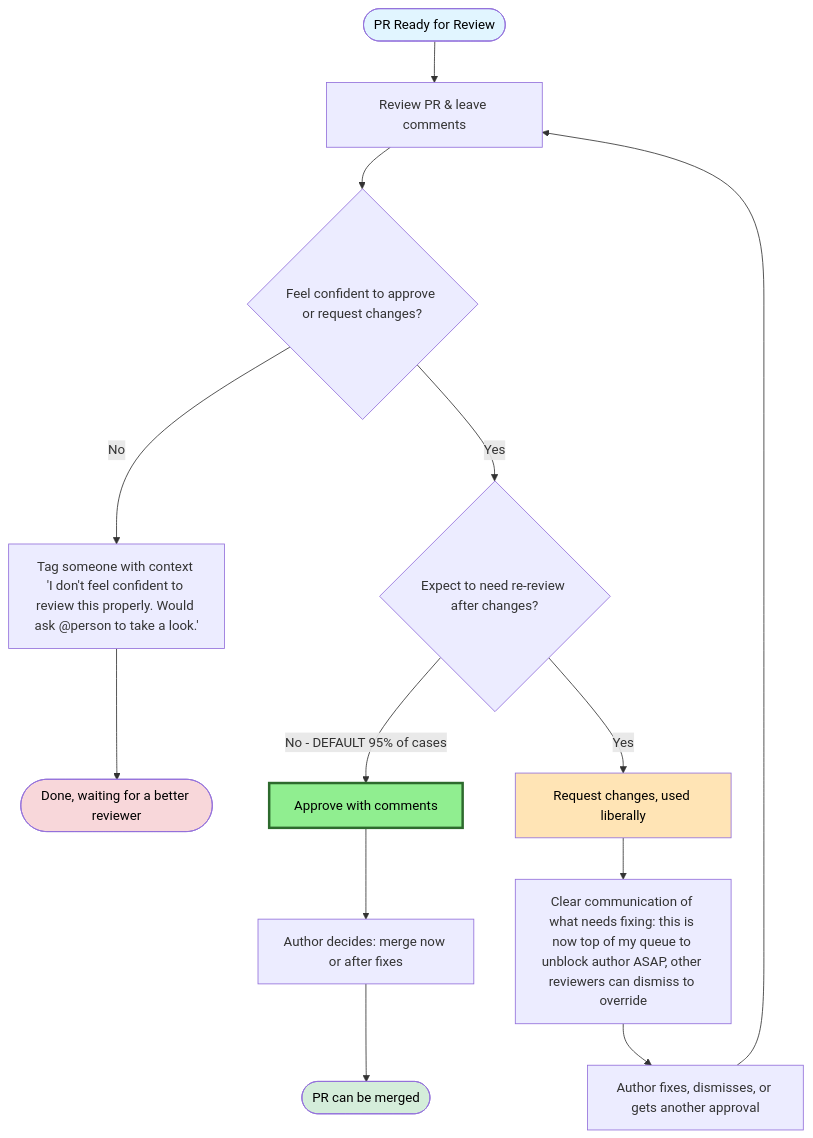
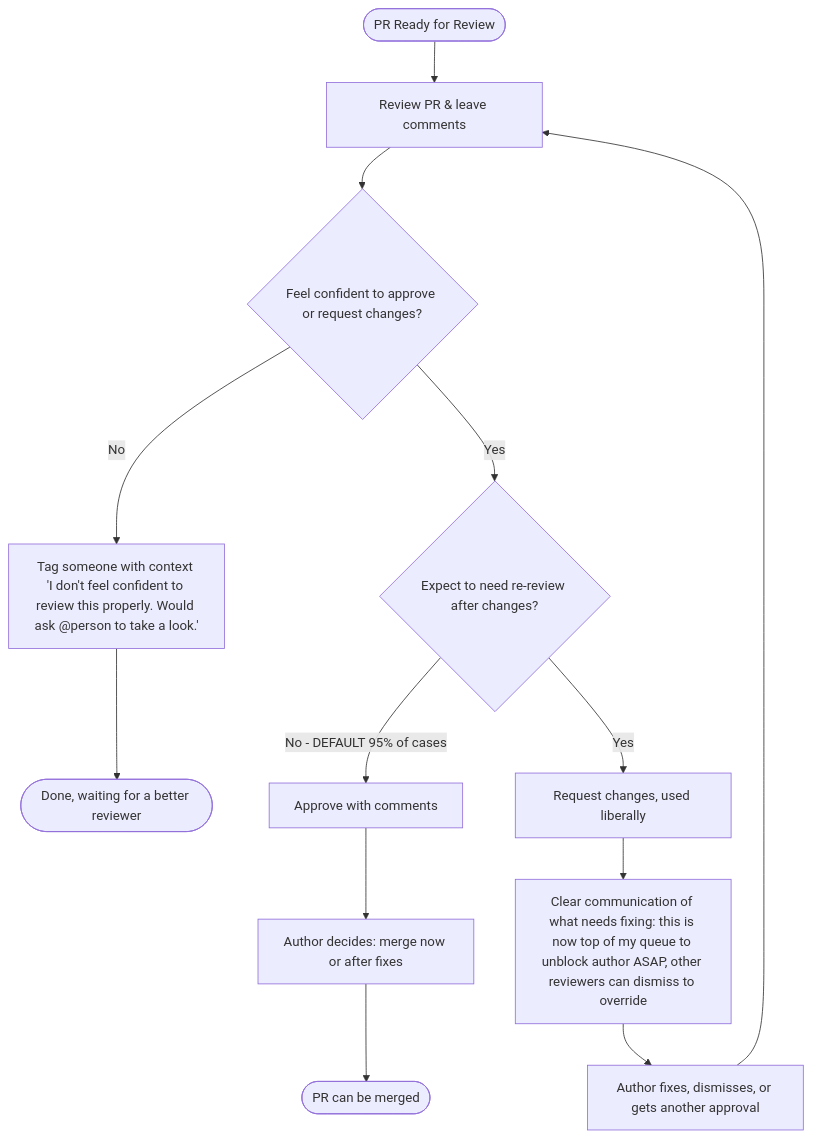
One commit to fnune/fnune.github.io changed the diagram in _posts/2025-10-16-faustos-code-review-process.markdown. Above: the diagram before and after it, drawn with Mermaid. The commit also changed other lines of this file and 3 other files, not shown here.

Commit message:
Theme mermaid diagrams with the blog palette and Clear Sans

```diff
--- a/_posts/2025-10-16-faustos-code-review-process.markdown
+++ b/_posts/2025-10-16-faustos-code-review-process.markdown
@@ -50,27 +45,27 @@
 <pre class="mermaid">
 flowchart TD
     Start([PR Ready for Review]) --> Review[Review PR & leave comments]
 
     Review --> ConfidentCheck{Feel confident to approve or request changes?}
 
     ConfidentCheck -->|No| Redirect["Tag someone with context 'I don't feel confident to review this properly. Would ask @person to take a look.'"]
     Redirect --> End([Done, waiting for a better reviewer])
 
     ConfidentCheck -->|Yes| ReReviewCheck{Expect to need re-review after changes?}
 
     ReReviewCheck -->|No - DEFAULT 95% of cases| ApproveComments[Approve with comments]
     ApproveComments --> AuthorChoice[Author decides: merge now or after fixes]
 
     ReReviewCheck -->|Yes| RequestChanges[Request changes, used liberally]
     RequestChanges --> ClearComments[Clear communication of what needs fixing: this is now top of my queue to unblock author ASAP, other reviewers can dismiss to override]
     ClearComments --> ReReview[Author fixes, dismisses, or gets another approval]
 
     AuthorChoice --> Merge([PR can be merged])
     ReReview --> Review
 
-    style Start fill:#e1f5ff,color:#000
-    style Merge fill:#d4edda,color:#000
-    style End fill:#f8d7da,color:#000
-    style ApproveComments fill:#90EE90,stroke:#2d6a2d,stroke-width:3px,color:#000
-    style RequestChanges fill:#FFE4B5,color:#000
+    class Start nodeStart
+    class Merge nodeSuccess
+    class End nodeDanger
+    class ApproveComments nodeApprove
+    class RequestChanges nodeWarning
 </pre>
```
